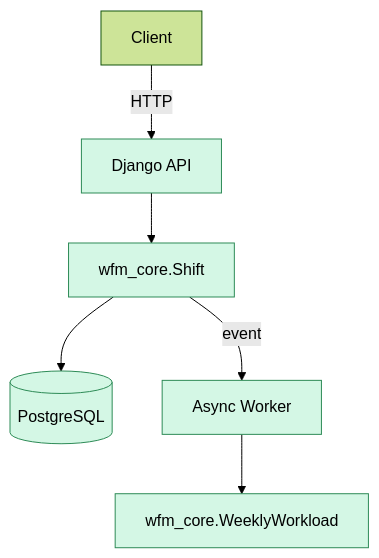
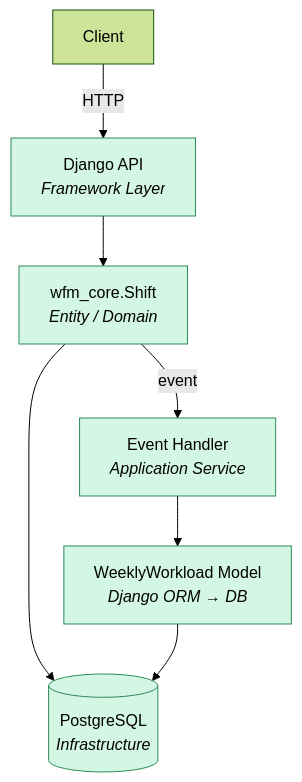
One commit to globanov/imre changed the third of 3 diagrams in README.md. Above: the diagram before and after it, drawn with Mermaid (forest theme). The commit also changed other lines of this file, not shown here.

````diff
--- a/README.md
+++ b/README.md
@@ -19,14 +67,15 @@
 ```mermaid
 graph TD
-    A[Client] -->|HTTP| B[Django API]
-    B --> C["wfm_core.Shift"]
-    C --> D[(PostgreSQL)]
-    C -->|event| F[Async Worker]
-    F --> G["wfm_core.WeeklyWorkload"]
+    A[Client] -->|HTTP| B[Django API<br><i>Framework Layer</i>]
+    B --> C["wfm_core.Shift<br><i>Entity / Domain</i>"]
+    C --> D[(PostgreSQL<br><i>Infrastructure</i>)]
+    C -->|event| E["Event Handler<br><i>Application Service</i>"]
+    E --> F["WeeklyWorkload Model<br><i>Django ORM → DB</i>"]
+    F --> D
     
     style C fill:#d4f7e5,stroke:#2e8b57
-    style G fill:#d4f7e5,stroke:#2e8b57
+    style F fill:#d4f7e5,stroke:#2e8b57
     style B fill:#d4f7e5,stroke:#2e8b57
-    style F fill:#d4f7e5,stroke:#2e8b57
+    style E fill:#d4f7e5,stroke:#2e8b57
     style D fill:#d4f7e5,stroke:#2e8b57
 ```
````
